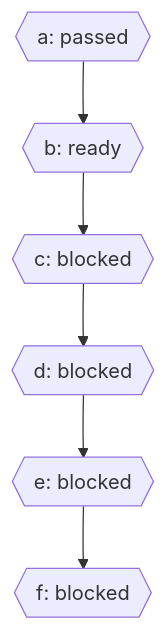
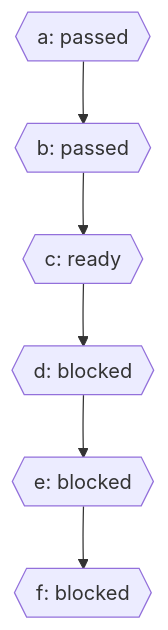
One commit to gosomea/dsh-task-supervisor changed the diagram in docs/10-plans/conversation-and-review-recovery/dag.mmd. Above: the diagram before and after it, drawn with Mermaid. The commit also changed 15 other files, not shown here.

```diff
--- a/docs/10-plans/conversation-and-review-recovery/dag.mmd
+++ b/docs/10-plans/conversation-and-review-recovery/dag.mmd
@@ -1,12 +1,12 @@
 flowchart TD
   a{{"a: passed"}}
-  b{{"b: ready"}}
+  b{{"b: passed"}}
   a --> b
-  c{{"c: blocked"}}
+  c{{"c: ready"}}
   b --> c
   d{{"d: blocked"}}
   c --> d
   e{{"e: blocked"}}
   d --> e
   f{{"f: blocked"}}
   e --> f
```
